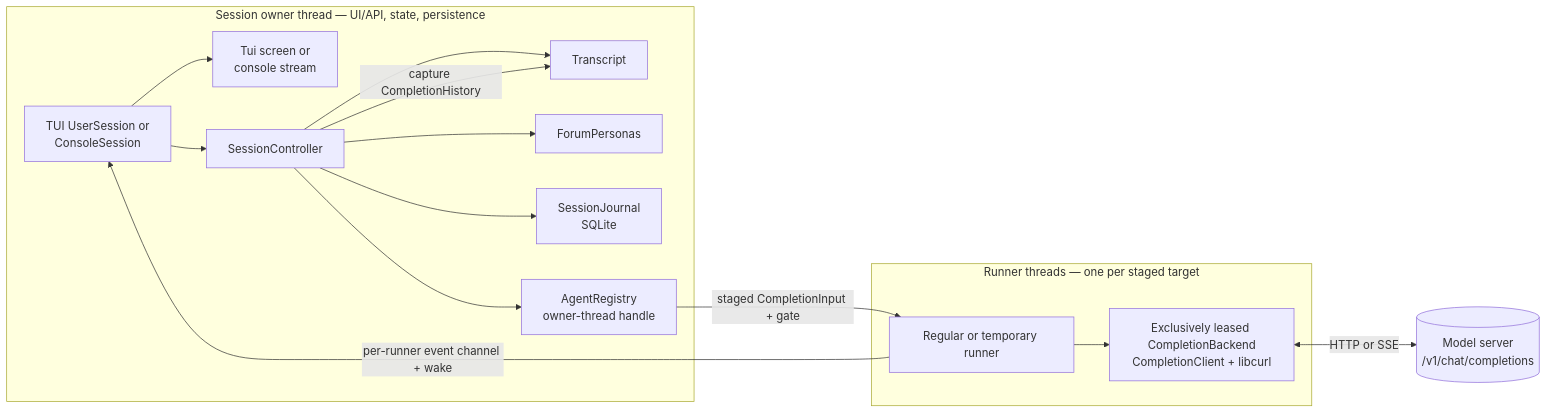
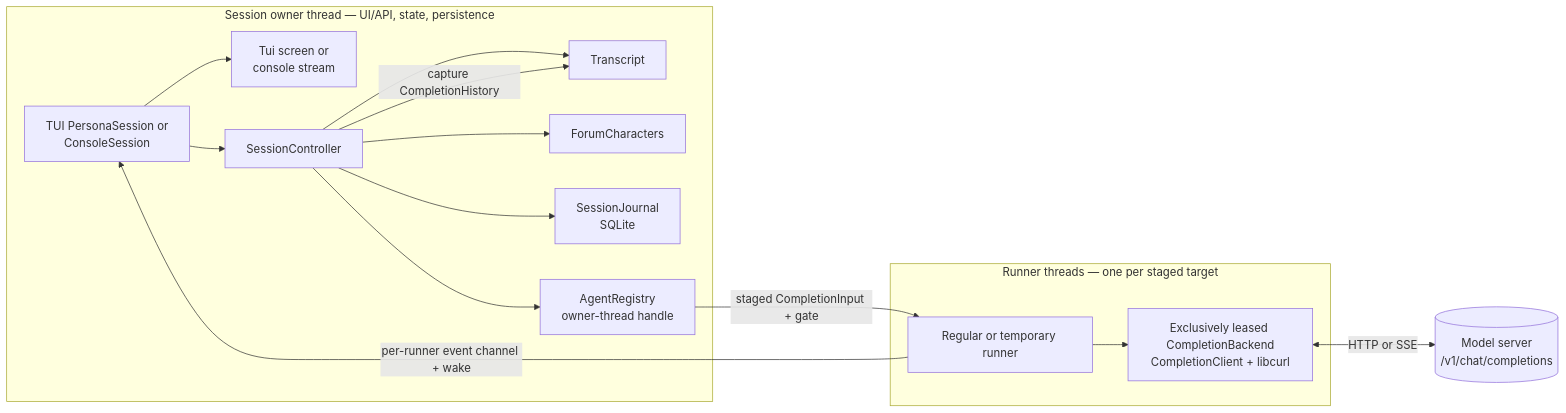
One commit to michaelpopov/cha changed the first of 4 diagrams in src/README.md. Above: the diagram before and after it, drawn with Mermaid. The commit also changed other lines of this file and 117 other files, not shown here.

````diff
--- a/src/README.md
+++ b/src/README.md
@@ -104,31 +104,31 @@
 ```mermaid
 flowchart LR
     subgraph ownerthread["Session owner thread — UI/API, state, persistence"]
-        frontend["TUI UserSession or<br/>ConsoleSession"]
+        frontend["TUI PersonaSession or<br/>ConsoleSession"]
         presentation["Tui screen or<br/>console stream"]
         controller["SessionController"]
         conv["Transcript"]
-        personas["ForumPersonas"]
+        characters["ForumCharacters"]
         journal["SessionJournal<br/>SQLite"]
         registry["AgentRegistry<br/>owner-thread handle"]
     end
 
     subgraph agentthreads["Runner threads — one per staged target"]
         execution["Regular or temporary runner"]
         backend["Exclusively leased CompletionBackend<br/>CompletionClient + libcurl"]
     end
 
     provider[("Model server<br/>/v1/chat/completions")]
 
     frontend --> presentation
     frontend --> controller
     controller --> conv
-    controller --> personas
+    controller --> characters
     controller --> journal
     controller --> registry
     controller -->|"capture CompletionHistory"| conv
     registry -->|"staged CompletionInput + gate"| execution
     execution --> backend
     backend <-->|"HTTP or SSE"| provider
     execution -->|"per-runner event channel + wake"| frontend
 ```
````
